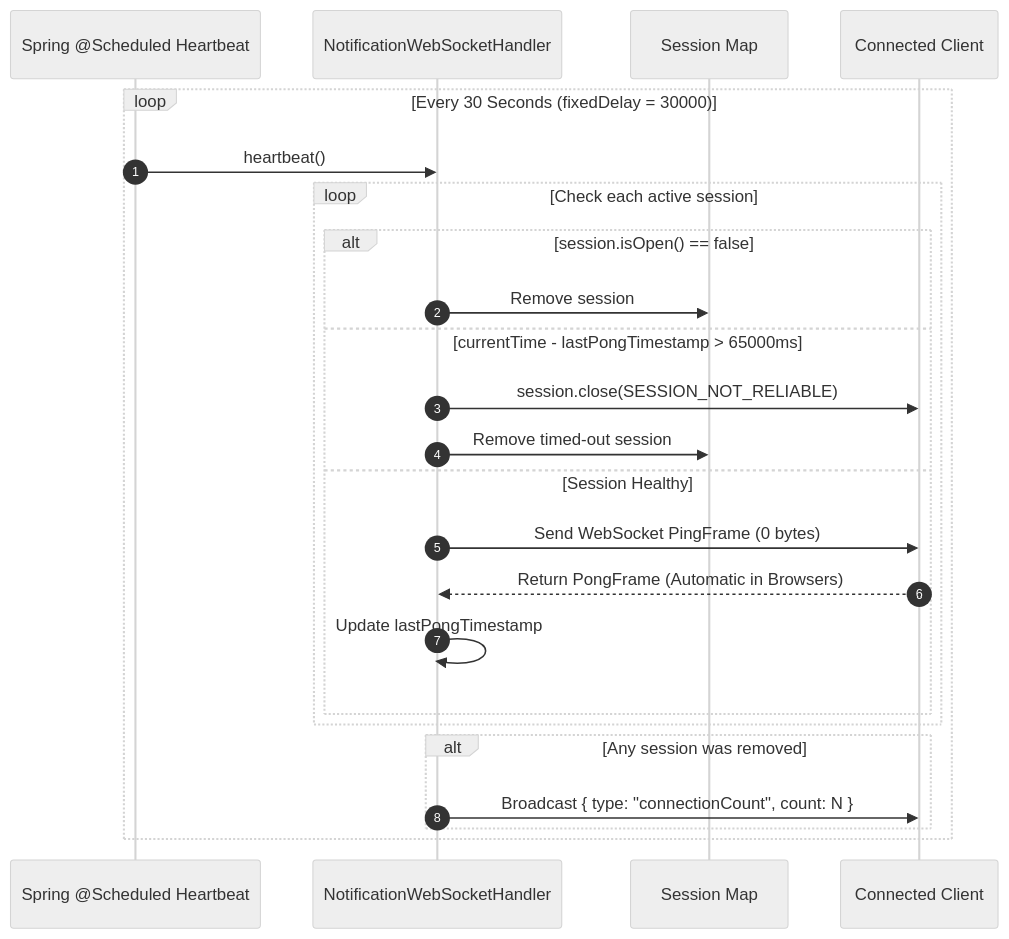
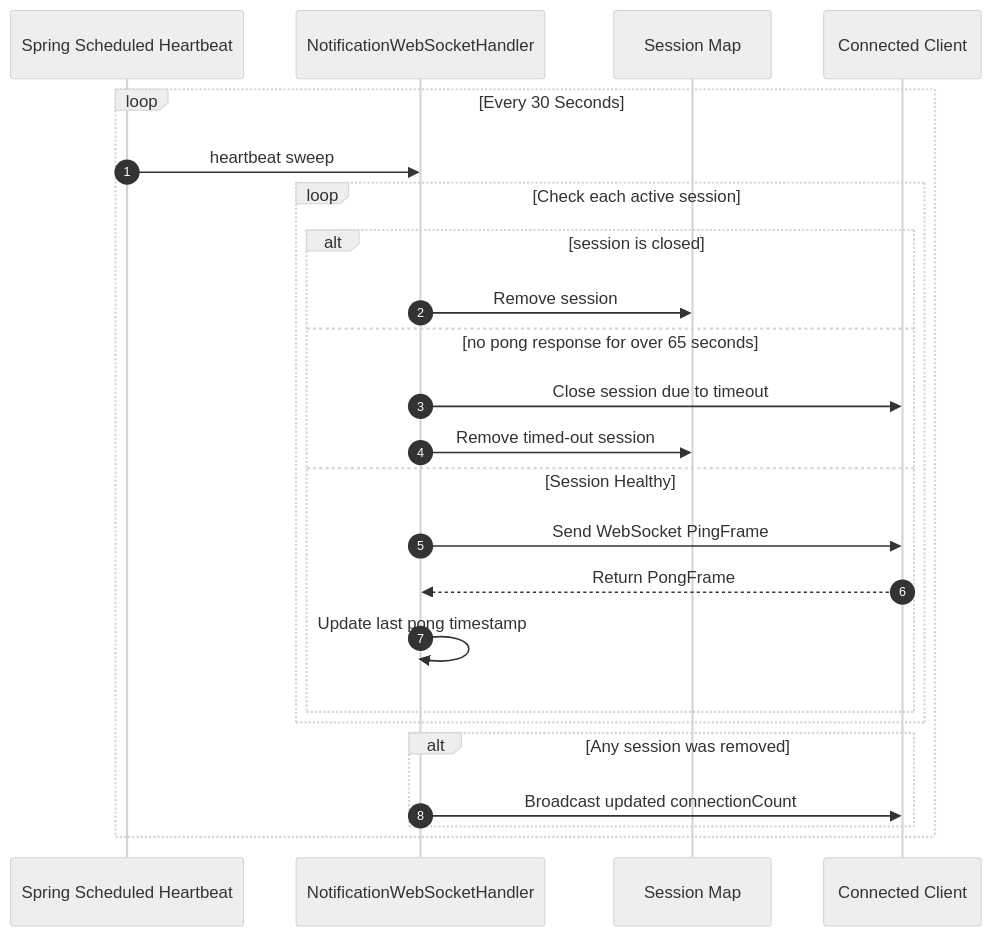
The fourth of 5 diagrams in WORKFLOW_AND_MEMORY.md (AtharvGhumtane/iRIS_Challenege), drawn with Mermaid (neutral theme) before and after one commit. The commit also changed other lines of this file, not shown here.

Commit message:
fix(docs): sanitize mermaid diagrams for GitHub markdown renderer

````diff
--- a/WORKFLOW_AND_MEMORY.md
+++ b/WORKFLOW_AND_MEMORY.md
@@ -128,27 +128,27 @@
 ```mermaid
 sequenceDiagram
     autonumber
-    participant Scheduler as Spring @Scheduled Heartbeat
+    participant Scheduler as Spring Scheduled Heartbeat
     participant Handler as NotificationWebSocketHandler
     participant Map as Session Map
     participant Client as Connected Client
 
-    loop Every 30 Seconds (fixedDelay = 30000)
-        Scheduler->>Handler: heartbeat()
+    loop Every 30 Seconds
+        Scheduler->>Handler: heartbeat sweep
         loop Check each active session
-            alt session.isOpen() == false
+            alt session is closed
                 Handler->>Map: Remove session
-            else currentTime - lastPongTimestamp > 65000ms
-                Handler->>Client: session.close(SESSION_NOT_RELIABLE)
+            else no pong response for over 65 seconds
+                Handler->>Client: Close session due to timeout
                 Handler->>Map: Remove timed-out session
             else Session Healthy
-                Handler->>Client: Send WebSocket PingFrame (0 bytes)
-                Client-->>Handler: Return PongFrame (Automatic in Browsers)
-                Handler->>Handler: Update lastPongTimestamp
+                Handler->>Client: Send WebSocket PingFrame
+                Client-->>Handler: Return PongFrame
+                Handler->>Handler: Update last pong timestamp
             end
         end
         alt Any session was removed
-            Handler->>Client: Broadcast { type: "connectionCount", count: N }
+            Handler->>Client: Broadcast updated connectionCount
         end
     end
 ```
````
